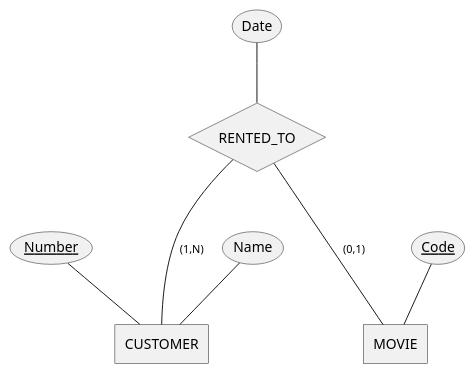
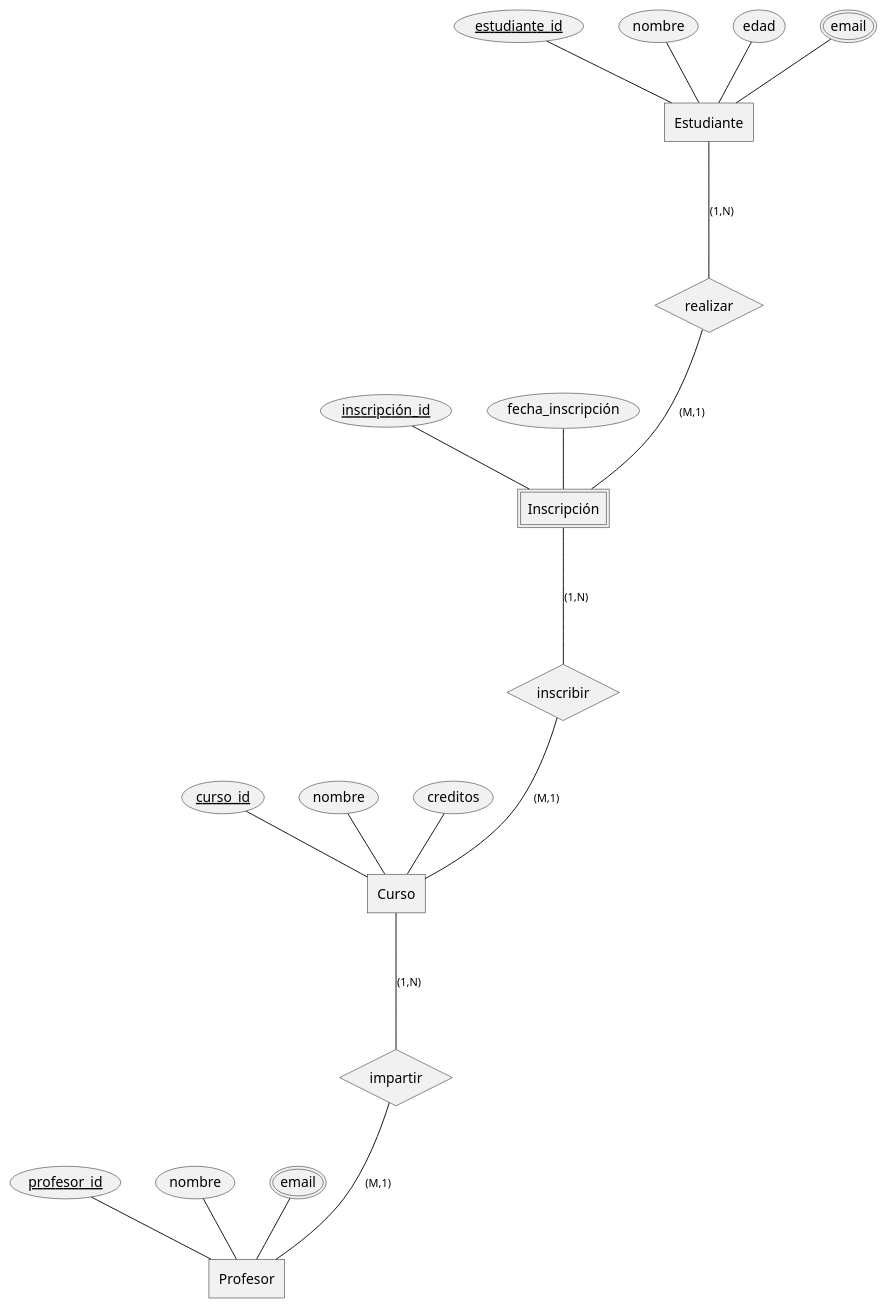
The diagram in uml/test.puml (jesus-castro89/base-datos), drawn with PlantUML before and after one commit. The commit also changed 17 other files, not shown here.

```diff
--- a/uml/test.puml
+++ b/uml/test.puml
@@ -1,19 +1,42 @@
 @startchen
 
-entity CUSTOMER {
-  Number <<key>>
-  Name
+entity "Estudiante" as student {
+  estudiante_id <<key>>
+  nombre
+  edad
+  email <<multi>>
 }
 
-entity MOVIE {
-  Code <<key>>
+entity "Curso" as curse {
+  curso_id <<key>>
+  nombre
+  creditos
 }
 
-relationship RENTED_TO {
-  Date
+entity “Inscripción” as inscription <<weak>>{
+  inscripción_id <<key>>
+  fecha_inscripción
 }
 
-RENTED_TO -(1,N)- CUSTOMER
-RENTED_TO -(0,1)- MOVIE
+entity "Profesor" as teacher {
+  profesor_id <<key>>
+  nombre
+  email <<multi>>
+}
 
+relationship realizar {
+}
+
+relationship inscribir {
+}
+
+relationship impartir {
+}
+
+student -(1,N)- realizar
+realizar -(M,1)- inscription
+inscription -(1,N)- inscribir
+inscribir -(M,1)- curse
+curse -(1,N)- impartir
+impartir -(M,1)- teacher
 @endchen
```
